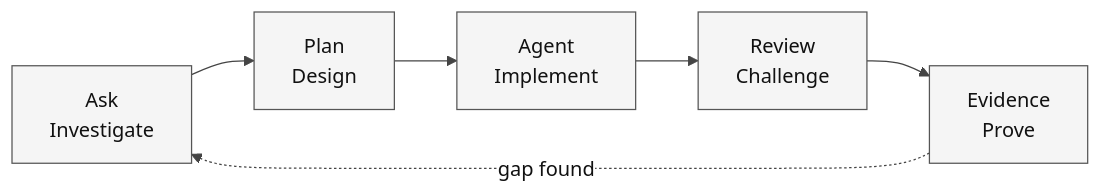
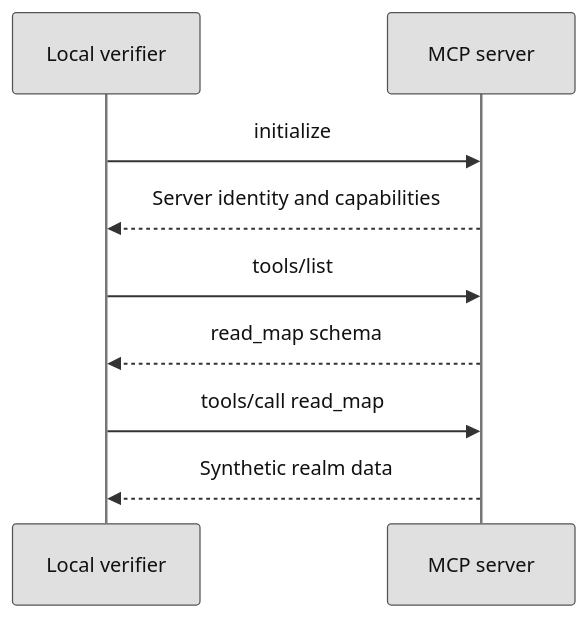
Before and after one commit to workshop-gbb/awesome-copilot-adventures: the diagram in adventures/03-advanced/cartographer-mcp/README.md, drawn with Mermaid. The commit also changed other lines of this file and 215 other files, not shown here.

````diff
--- a/adventures/03-advanced/cartographer-mcp/README.md
+++ b/adventures/03-advanced/cartographer-mcp/README.md
@@ -25,51 +28,54 @@
 ```mermaid
 ---
 config:
   theme: base
   look: classic
   themeVariables:
     darkMode: false
     background: "#ffffff"
     primaryColor: "#f5f5f5"
     primaryTextColor: "#111111"
     primaryBorderColor: "#555555"
     secondaryColor: "#e0e0e0"
     secondaryTextColor: "#111111"
     secondaryBorderColor: "#666666"
     tertiaryColor: "#bdbdbd"
     tertiaryTextColor: "#111111"
     tertiaryBorderColor: "#444444"
     lineColor: "#444444"
     textColor: "#111111"
     mainBkg: "#f5f5f5"
     nodeBorder: "#555555"
     clusterBkg: "#ffffff"
     clusterBorder: "#999999"
     edgeLabelBackground: "#ffffff"
     actorBkg: "#e0e0e0"
     actorBorder: "#555555"
     actorTextColor: "#111111"
     actorLineColor: "#777777"
     signalColor: "#333333"
     signalTextColor: "#111111"
     labelBoxBkgColor: "#f5f5f5"
     labelBoxBorderColor: "#777777"
     labelTextColor: "#111111"
     loopTextColor: "#111111"
     activationBkgColor: "#bdbdbd"
     activationBorderColor: "#555555"
     noteBkgColor: "#f5f5f5"
     noteTextColor: "#111111"
     noteBorderColor: "#777777"
     attributeBackgroundColorOdd: "#f5f5f5"
     attributeBackgroundColorEven: "#e0e0e0"
 ---
-flowchart LR
-    accTitle: Evidence-first development workflow
-    accDescr: Investigation leads to planning, implementation, review and evidence; unresolved gaps return to investigation.
-    A["Ask<br/>Investigate"] --> P["Plan<br/>Design"]
-    P --> G["Agent<br/>Implement"]
-    G --> R["Review<br/>Challenge"]
-    R --> E["Evidence<br/>Prove"]
-    E -. "gap found" .-> A
+sequenceDiagram
+    accTitle: The MCP Cartographer capability map
+    accDescr: Discovery is not verification of the returned fact. Compare the structured result with the bundled source and keep host trust decisions separate.
+    participant C as Local verifier
+    participant S as MCP server
+    C->>S: initialize
+    S-->>C: Server identity and capabilities
+    C->>S: tools/list
+    S-->>C: read_map schema
+    C->>S: tools/call read_map
+    S-->>C: Synthetic realm data
 ```
````
